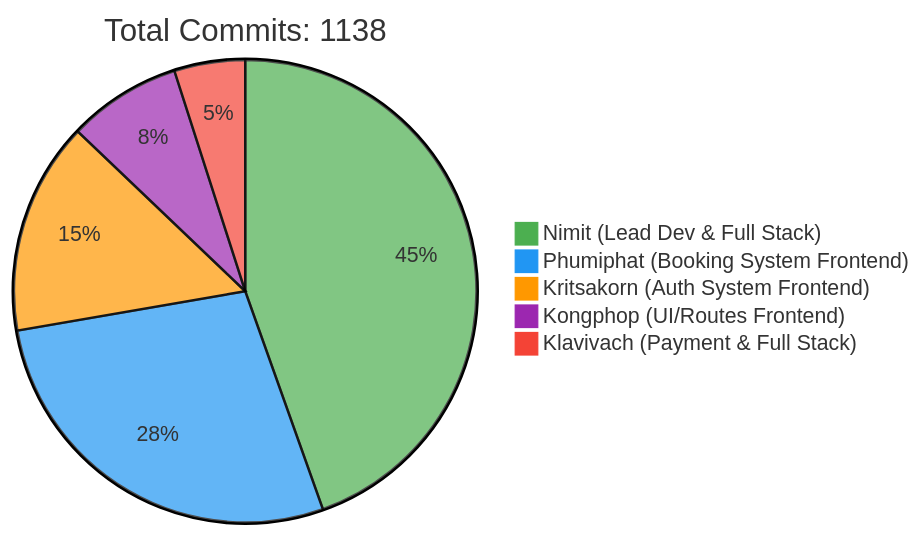
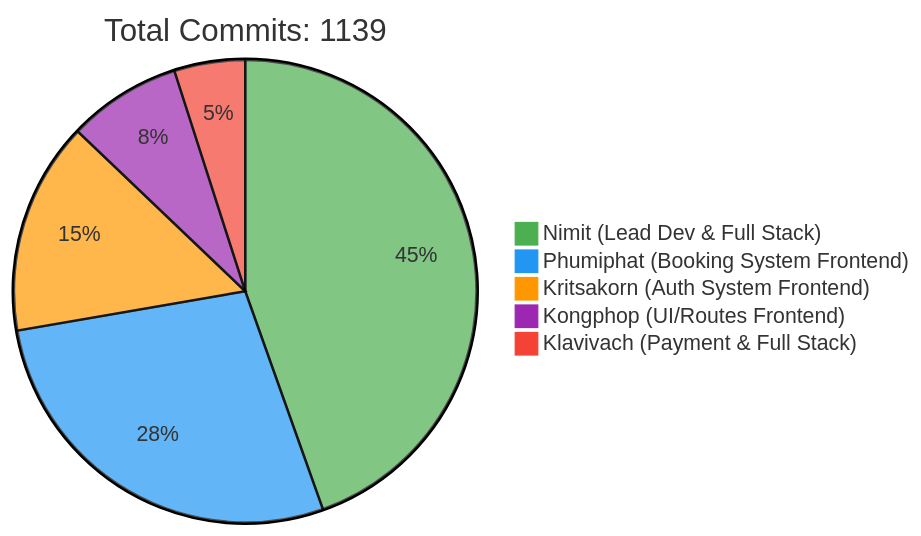
One commit to 6531503042/Sport-Complex changed the first of 2 diagrams in README.md. Above: the diagram before and after it, drawn with Mermaid. The commit also changed other lines of this file, not shown here.

Commit message:
docs: Update contributor statistics [skip ci]

````diff
--- a/README.md
+++ b/README.md
@@ -257,10 +257,10 @@
 ```mermaid
 %%{init: {'theme': 'base', 'themeVariables': { 'pie1': '#4CAF50', 'pie2': '#2196F3', 'pie3': '#FF9800', 'pie4': '#9C27B0', 'pie5': '#F44336'}}}%%
 pie
-    title Total Commits: 1138
+    title Total Commits: 1139
     "Nimit (Lead Dev & Full Stack)" : 450
     "Phumiphat (Booking System Frontend)" : 280
     "Kritsakorn (Auth System Frontend)" : 150
     "Kongphop (UI/Routes Frontend)" : 80
     "Klavivach (Payment & Full Stack)" : 50
 ```
````
